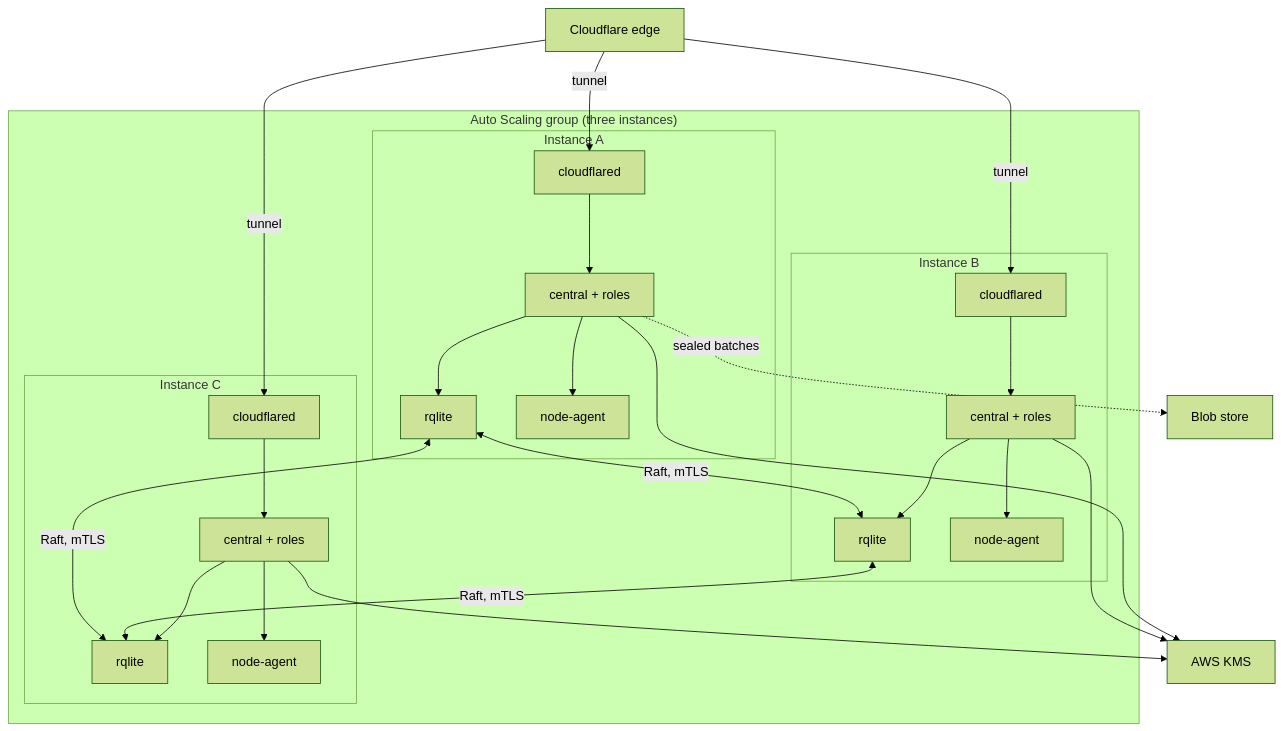
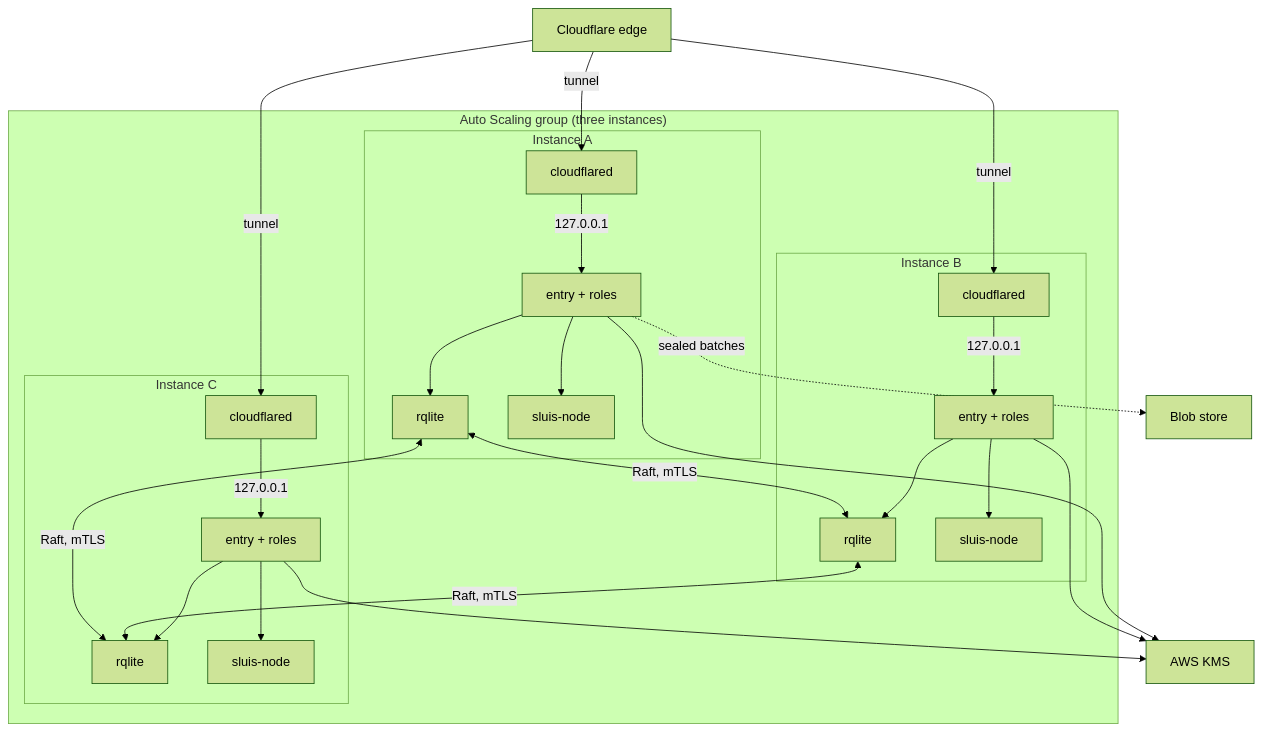
One commit to truvity/sluis changed the diagram in docs/shapes/aws-ec2-cluster.md. Above: the diagram before and after it, drawn with Mermaid (forest theme). The commit also changed other lines of this file and 26 other files, not shown here.

````diff
--- a/docs/shapes/aws-ec2-cluster.md
+++ b/docs/shapes/aws-ec2-cluster.md
@@ -13,31 +13,31 @@
 ```mermaid
 flowchart TB
   edge["Cloudflare edge"]
   subgraph asg["Auto Scaling group (three instances)"]
     subgraph a["Instance A"]
-      cfa["cloudflared"] --> ca["central + roles"]
+      cfa["cloudflared"] -- "127.0.0.1" --> ca["entry + roles"]
       ca --> ra["rqlite"]
-      ca --> naa["node-agent"]
+      ca --> naa["sluis-node"]
     end
     subgraph b["Instance B"]
-      cfb["cloudflared"] --> cb["central + roles"]
+      cfb["cloudflared"] -- "127.0.0.1" --> cb["entry + roles"]
       cb --> rb["rqlite"]
-      cb --> nab["node-agent"]
+      cb --> nab["sluis-node"]
     end
     subgraph c["Instance C"]
-      cfc["cloudflared"] --> cc["central + roles"]
+      cfc["cloudflared"] -- "127.0.0.1" --> cc["entry + roles"]
       cc --> rc["rqlite"]
-      cc --> nac["node-agent"]
+      cc --> nac["sluis-node"]
     end
   end
   edge -- "tunnel" --> cfa
   edge -- "tunnel" --> cfb
   edge -- "tunnel" --> cfc
   ra <-- "Raft, mTLS" --> rb
   rb <-- "Raft, mTLS" --> rc
   ra <-- "Raft, mTLS" --> rc
   ca --> kms["AWS KMS"]
   cb --> kms
   cc --> kms
   ca -. "sealed batches" .-> blob["Blob store"]
 ```
````
